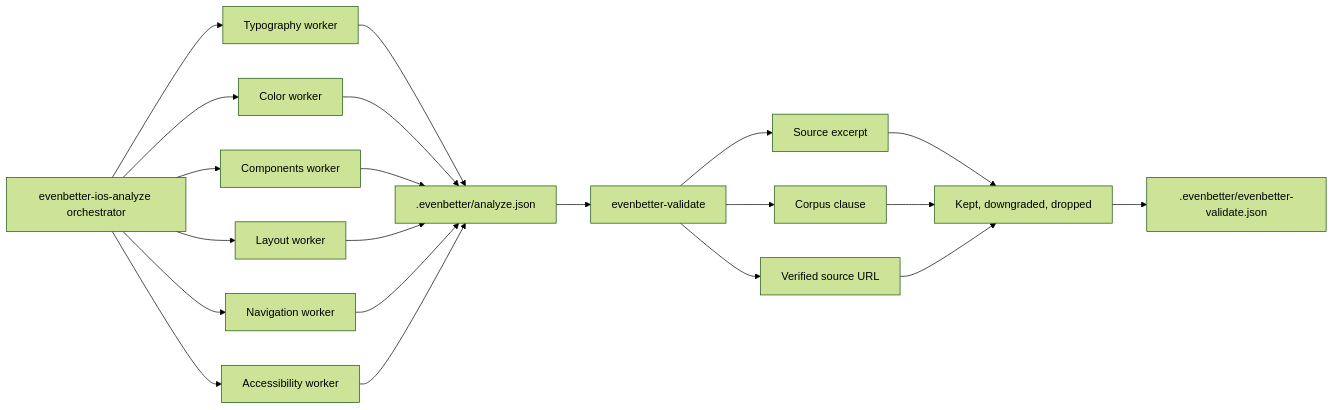
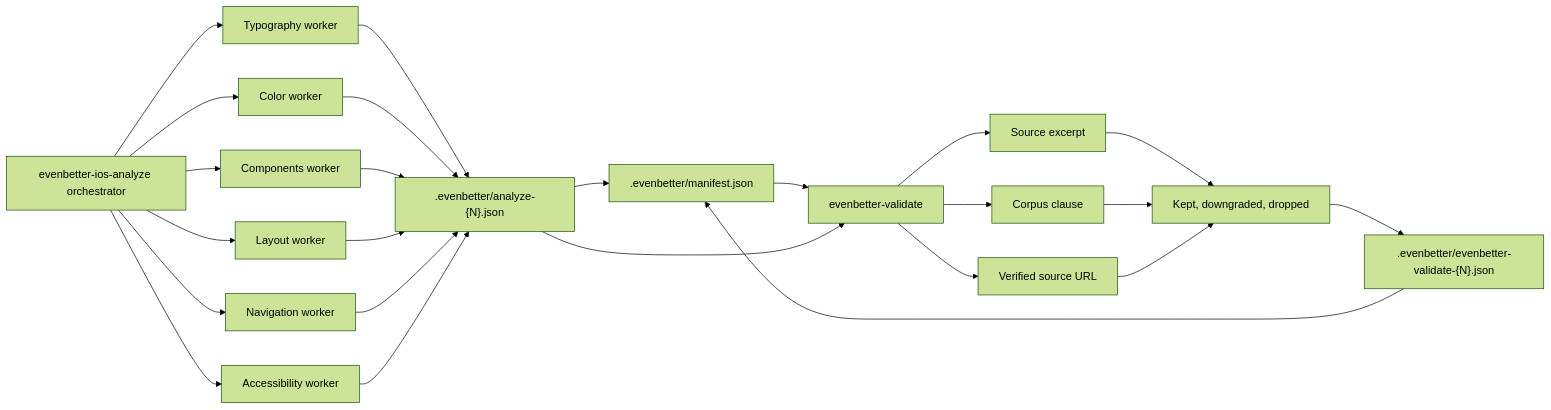
Before and after one commit to MelloBirkan/EvenBetterFramework: the diagram in skills/evenbetter-validate/references/architecture.md, drawn with Mermaid (forest theme). The commit also changed other lines of this file and 8 other files, not shown here.

````diff
--- a/skills/evenbetter-validate/references/architecture.md
+++ b/skills/evenbetter-validate/references/architecture.md
@@ -5,23 +5,26 @@
 ```mermaid
 flowchart LR
   A["evenbetter-ios-analyze orchestrator"] --> B["Typography worker"]
   A --> C["Color worker"]
   A --> D["Components worker"]
   A --> E["Layout worker"]
   A --> F["Navigation worker"]
   A --> G["Accessibility worker"]
-  B --> H[".evenbetter/analyze.json"]
+  B --> H[".evenbetter/analyze-{N}.json"]
   C --> H
   D --> H
   E --> H
   F --> H
   G --> H
-  H --> I["evenbetter-validate"]
+  H --> O[".evenbetter/manifest.json"]
+  O --> I["evenbetter-validate"]
+  H --> I
   I --> J["Source excerpt"]
   I --> K["Corpus clause"]
   I --> L["Verified source URL"]
   J --> M["Kept, downgraded, dropped"]
   K --> M
   L --> M
-  M --> N[".evenbetter/evenbetter-validate.json"]
+  M --> N[".evenbetter/evenbetter-validate-{N}.json"]
+  N --> O
 ```
````
